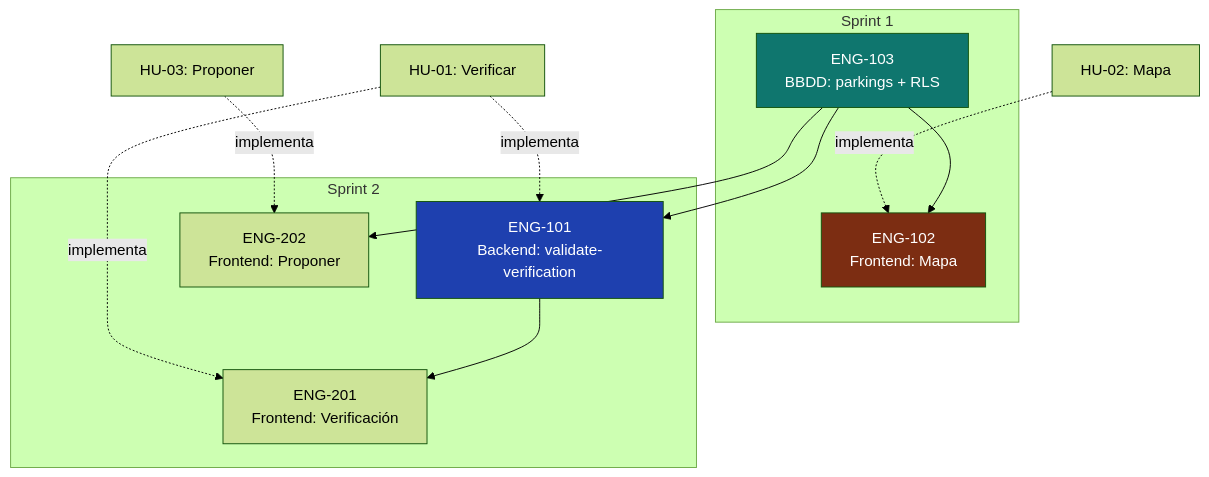
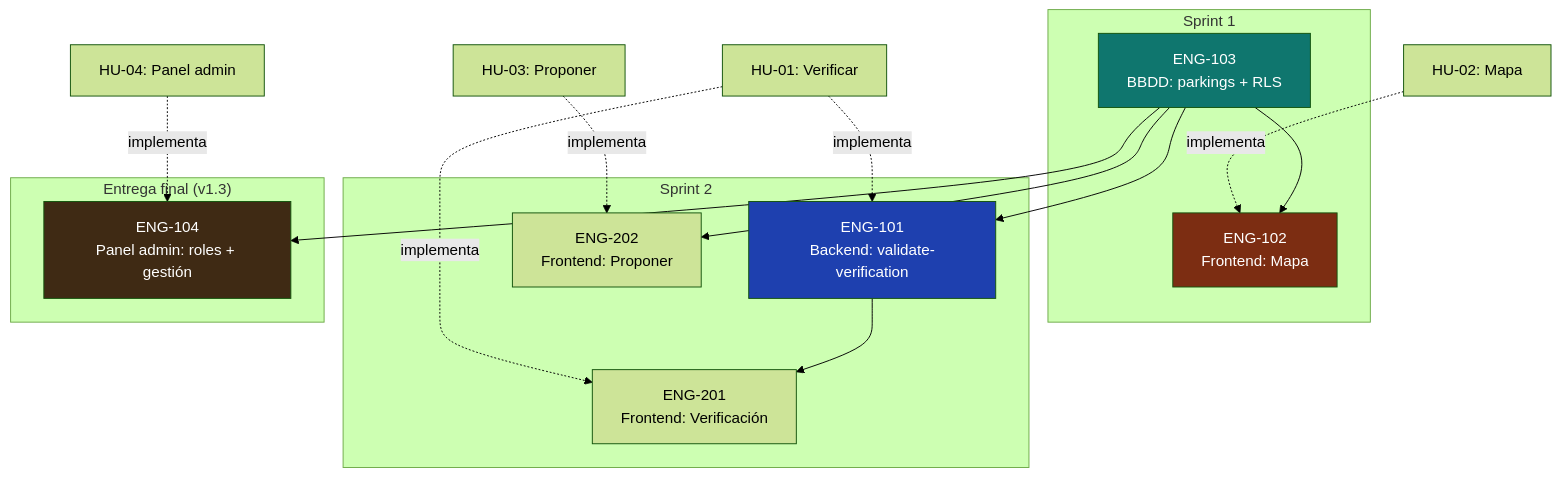
The second of 2 diagrams in docs/historias-y-tickets.md (curringas/motociudad), drawn with Mermaid (forest theme) before and after one commit. The commit also changed other lines of this file and 6 other files, not shown here.

````diff
--- a/docs/historias-y-tickets.md
+++ b/docs/historias-y-tickets.md
@@ -671,27 +814,34 @@
 ```mermaid
 graph TB
     subgraph "Sprint 1"
         ENG103[ENG-103<br/>BBDD: parkings + RLS]
         ENG102[ENG-102<br/>Frontend: Mapa]
     end
 
     subgraph "Sprint 2"
         ENG101[ENG-101<br/>Backend: validate-verification]
         ENG201[ENG-201<br/>Frontend: Verificación]
         ENG202[ENG-202<br/>Frontend: Proponer]
     end
 
+    subgraph "Entrega final (v1.3)"
+        ENG104[ENG-104<br/>Panel admin: roles + gestión]
+    end
+
     ENG103 --> ENG101
     ENG103 --> ENG102
     ENG103 --> ENG202
     ENG101 --> ENG201
+    ENG103 --> ENG104
 
     HU01[HU-01: Verificar] -.implementa.-> ENG101
     HU01 -.implementa.-> ENG201
     HU02[HU-02: Mapa] -.implementa.-> ENG102
     HU03[HU-03: Proponer] -.implementa.-> ENG202
+    HU04[HU-04: Panel admin] -.implementa.-> ENG104
 
     style ENG103 fill:#0f766e,color:#fff
     style ENG101 fill:#1e40af,color:#fff
     style ENG102 fill:#7c2d12,color:#fff
+    style ENG104 fill:#3f2a14,color:#fff
 ```
````
